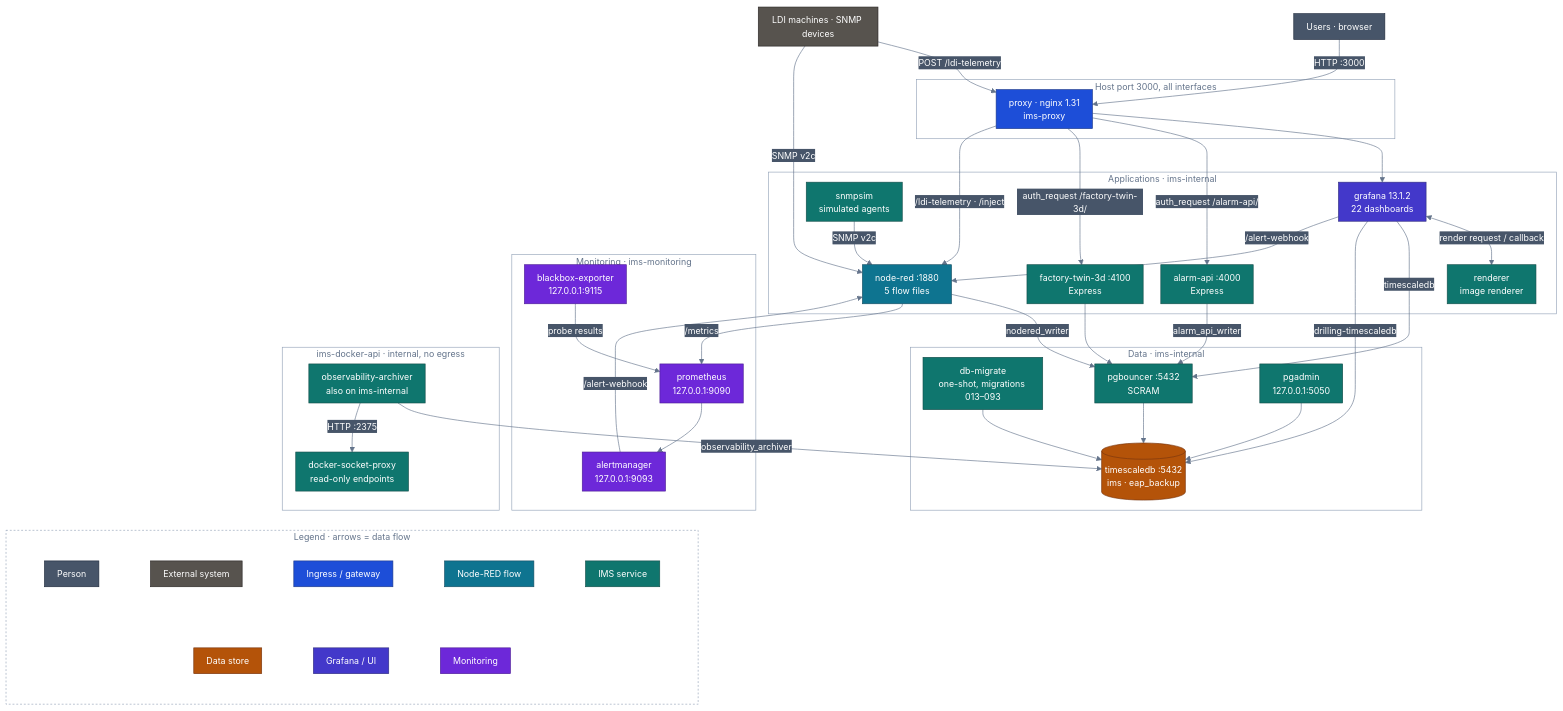
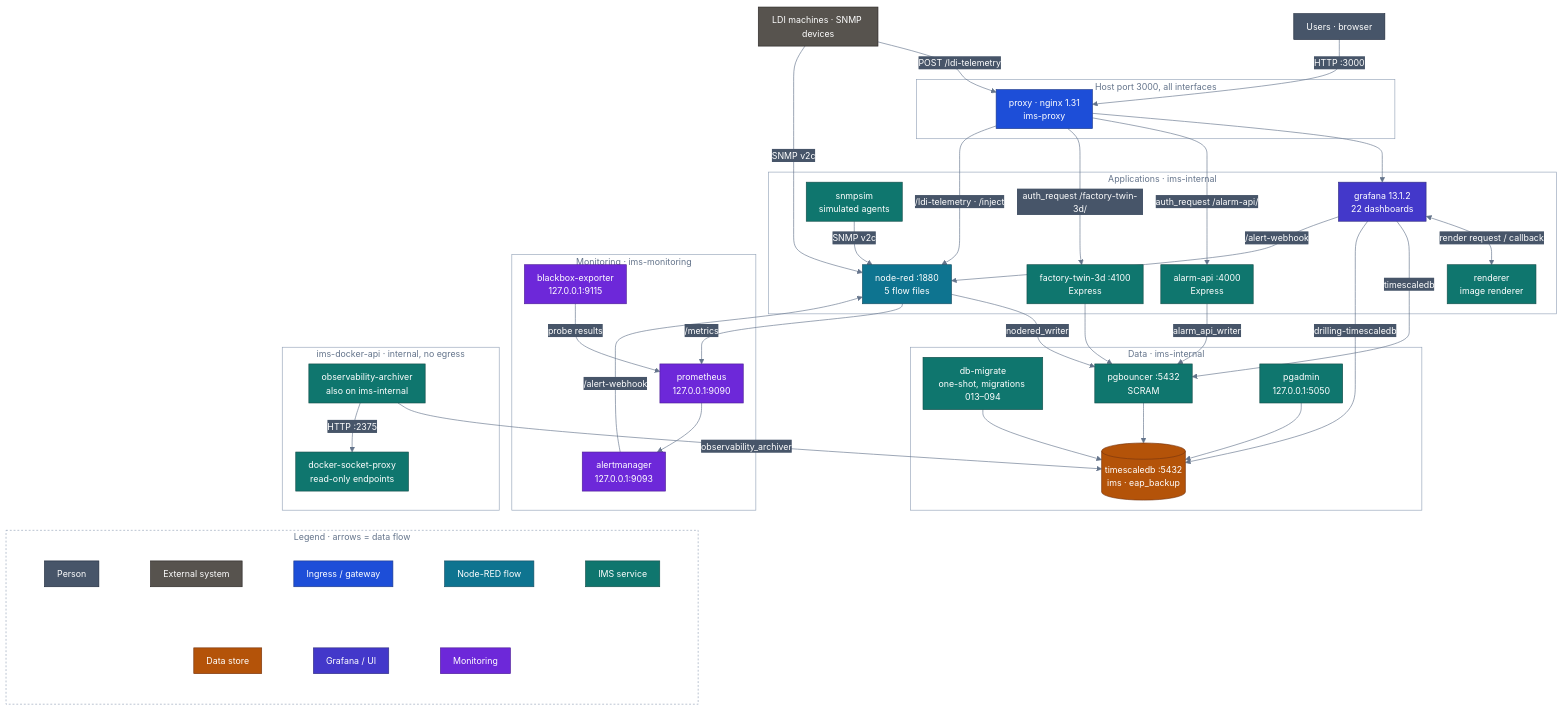
One commit to PATTANAKORN025/IMS changed the second of 8 diagrams in docs/architecture/ARCHITECTURE_DIAGRAM.md. Above: the diagram before and after it, drawn with Mermaid. The commit also changed 21 other files, not shown here.

```diff
--- a/docs/architecture/ARCHITECTURE_DIAGRAM.md
+++ b/docs/architecture/ARCHITECTURE_DIAGRAM.md
@@ -106,7 +106,7 @@
   end
 
   subgraph DATA["Data · ims-internal"]
-    MIG["db-migrate<br/>one-shot, migrations 013–093"]:::app
+    MIG["db-migrate<br/>one-shot, migrations 013–094"]:::app
     PGB["pgbouncer :5432<br/>SCRAM"]:::app
     TSDB[("timescaledb :5432<br/>ims · eap_backup")]:::store
     PGADMIN["pgadmin<br/>127.0.0.1:5050"]:::app
```
